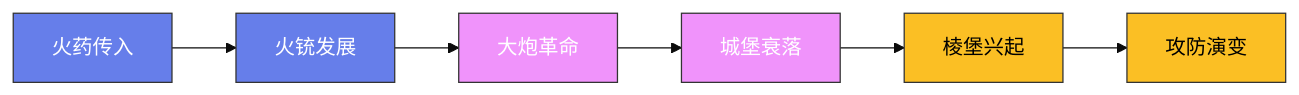
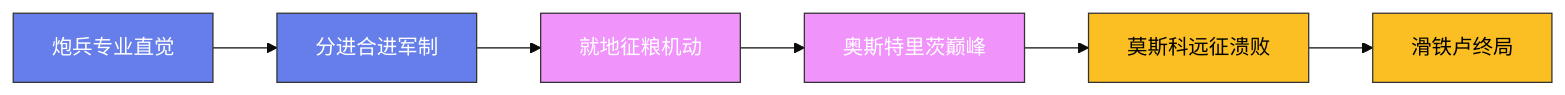
The diagram in content/posts/ModelCreate/军事史/07-拿破仑战争.md (Fengur/Fengur.github.io), drawn with Mermaid (base theme) before and after one commit. The commit also changed other lines of this file and 118 other files, not shown here.

````diff
--- a/content/posts/ModelCreate/军事史/07-拿破仑战争.md
+++ b/content/posts/ModelCreate/军事史/07-拿破仑战争.md
@@ -41,16 +39,16 @@
 ```mermaid
 graph LR
-    A["火药传入"] --> B["火铳发展"]
-    B --> C["大炮革命"]
-    C --> D["城堡衰落"]
-    D --> E["棱堡兴起"]
-    E --> F["攻防演变"]
+    A["炮兵专业直觉"] --> B["分进合进军制"]
+    B --> C["就地征粮机动"]
+    C --> D["奥斯特里茨巅峰"]
+    D --> E["莫斯科远征溃败"]
+    E --> F["滑铁卢终局"]
 
     classDef early fill:#667eea,stroke:#333,color:white
     classDef mid fill:#f093fb,stroke:#333,color:white
     classDef modern fill:#fbbf24,stroke:#333,color:black
 
     class A,B early
     class C,D mid
     class E,F modern
 ```
````
